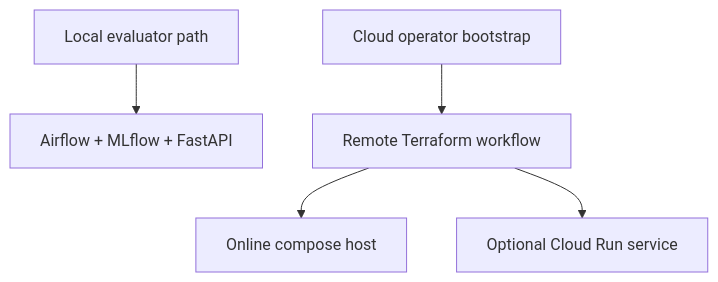
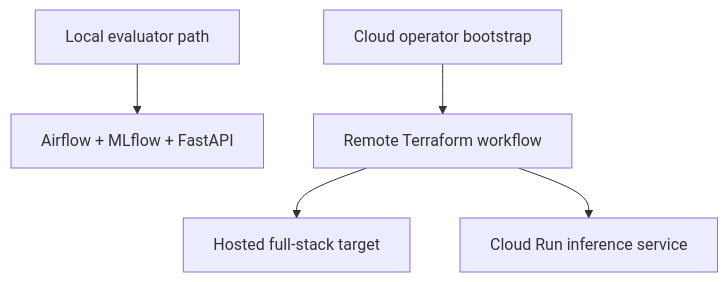
Before and after one commit to javihslu/foehncast: the second of 2 diagrams in README.md, drawn with Mermaid. The commit also changed other lines of this file and 64 other files, not shown here.

````diff
--- a/README.md
+++ b/README.md
@@ -40,7 +40,7 @@
 ```mermaid
 flowchart TB
     Local[Local evaluator path] --> Compose[Airflow + MLflow + FastAPI]
     Cloud[Cloud operator bootstrap] --> Remote[Remote Terraform workflow]
-    Remote --> Host[Online compose host]
-    Remote --> Run[Optional Cloud Run service]
+  Remote --> Host[Hosted full-stack target]
+  Remote --> Run[Cloud Run inference service]
 ```
````
